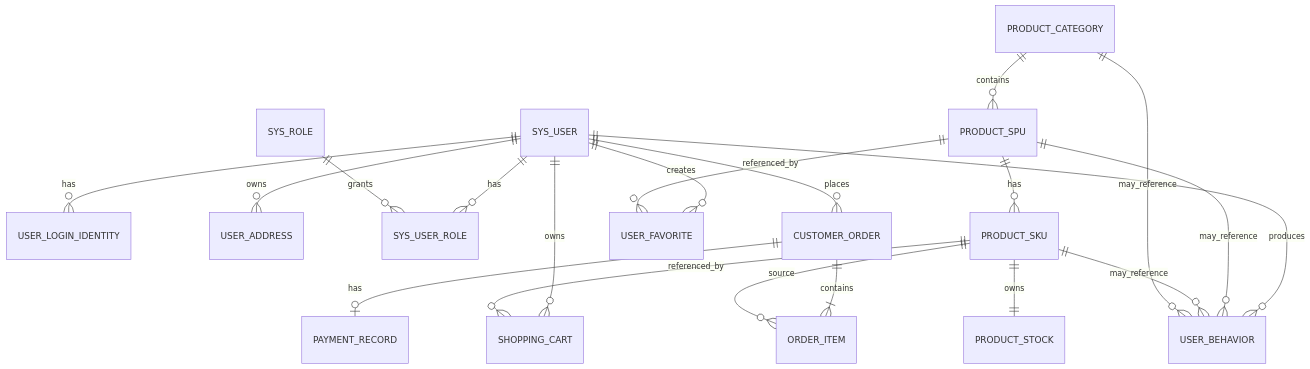
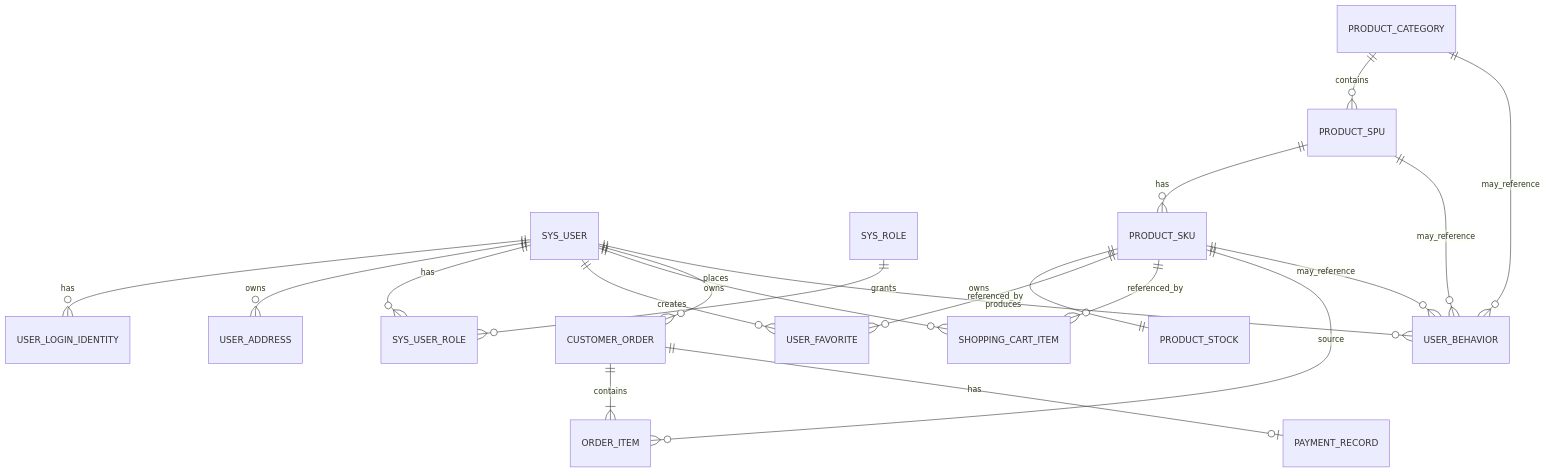
Before and after one commit to XMU-Linjer/persona-flow-commerce: the sixth of 15 diagrams in docs/v1.0-architecture.md, drawn with Mermaid. The commit also changed other lines of this file and 2 other files, not shown here.

Commit message:
同步 shopping 模块实现文档

````diff
--- a/docs/v1.0-architecture.md
+++ b/docs/v1.0-architecture.md
@@ -671,27 +671,27 @@
 ```mermaid
 erDiagram
     SYS_USER ||--o{ USER_LOGIN_IDENTITY : has
     SYS_USER ||--o{ USER_ADDRESS : owns
     SYS_USER ||--o{ SYS_USER_ROLE : has
     SYS_ROLE ||--o{ SYS_USER_ROLE : grants
 
     PRODUCT_CATEGORY ||--o{ PRODUCT_SPU : contains
     PRODUCT_SPU ||--o{ PRODUCT_SKU : has
     PRODUCT_SKU ||--|| PRODUCT_STOCK : owns
 
     SYS_USER ||--o{ USER_FAVORITE : creates
-    PRODUCT_SPU ||--o{ USER_FAVORITE : referenced_by
+    PRODUCT_SKU ||--o{ USER_FAVORITE : referenced_by
 
-    SYS_USER ||--o{ SHOPPING_CART : owns
-    PRODUCT_SKU ||--o{ SHOPPING_CART : referenced_by
+    SYS_USER ||--o{ SHOPPING_CART_ITEM : owns
+    PRODUCT_SKU ||--o{ SHOPPING_CART_ITEM : referenced_by
 
     SYS_USER ||--o{ CUSTOMER_ORDER : places
     CUSTOMER_ORDER ||--|{ ORDER_ITEM : contains
     PRODUCT_SKU ||--o{ ORDER_ITEM : source
     CUSTOMER_ORDER ||--o| PAYMENT_RECORD : has
 
     SYS_USER ||--o{ USER_BEHAVIOR : produces
     PRODUCT_SPU ||--o{ USER_BEHAVIOR : may_reference
     PRODUCT_SKU ||--o{ USER_BEHAVIOR : may_reference
     PRODUCT_CATEGORY ||--o{ USER_BEHAVIOR : may_reference
 ```
````
